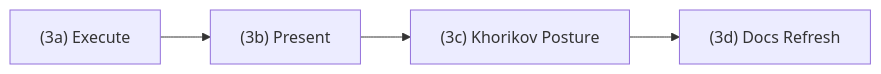
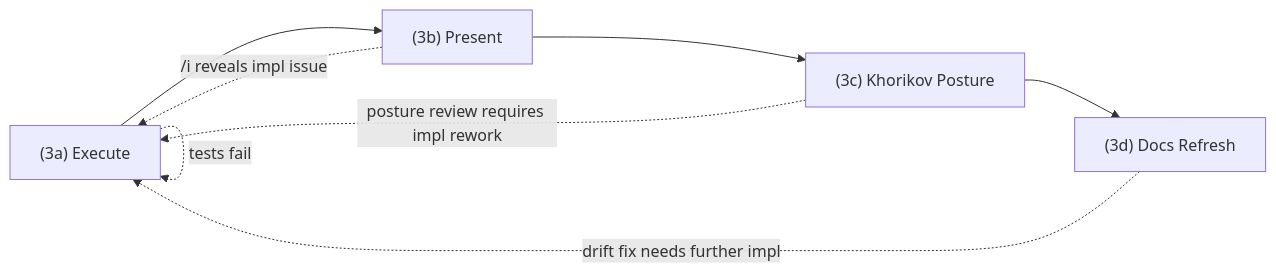
The third of 3 diagrams in README.md (binaryphile/tandem-protocol), drawn with Mermaid before and after one commit. The commit also changed other lines of this file and 2 other files, not shown here.

````diff
--- a/README.md
+++ b/README.md
@@ -257,4 +262,8 @@
 ```mermaid
 flowchart LR
     A["(3a) Execute"] --> B["(3b) Present"] --> C["(3c) Khorikov Posture"] --> D["(3d) Docs Refresh"]
+    A -.->|"tests fail"| A
+    B -.->|"/i reveals impl issue"| A
+    C -.->|"posture review requires impl rework"| A
+    D -.->|"drift fix needs further impl"| A
 ```
````
